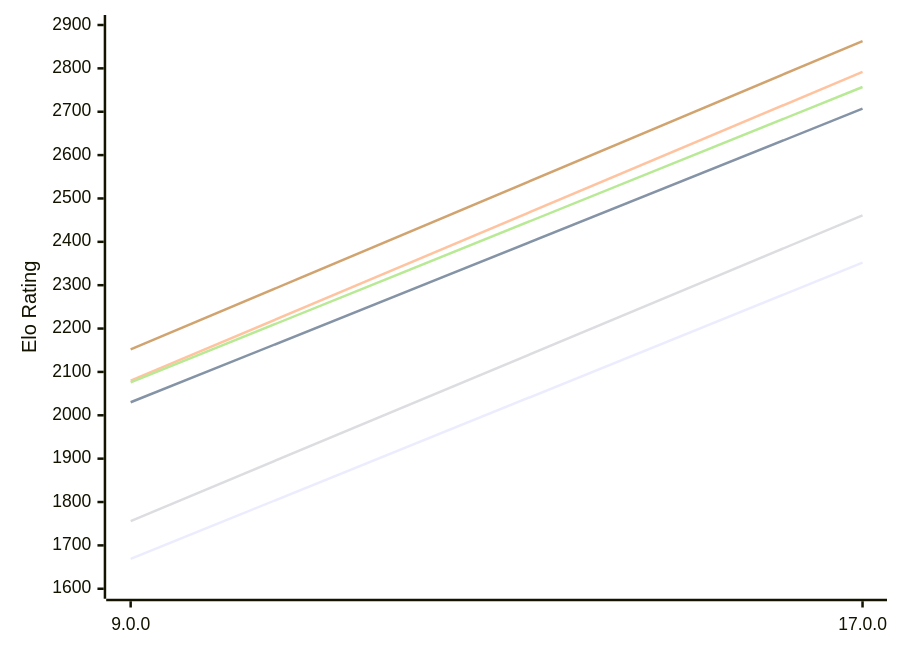
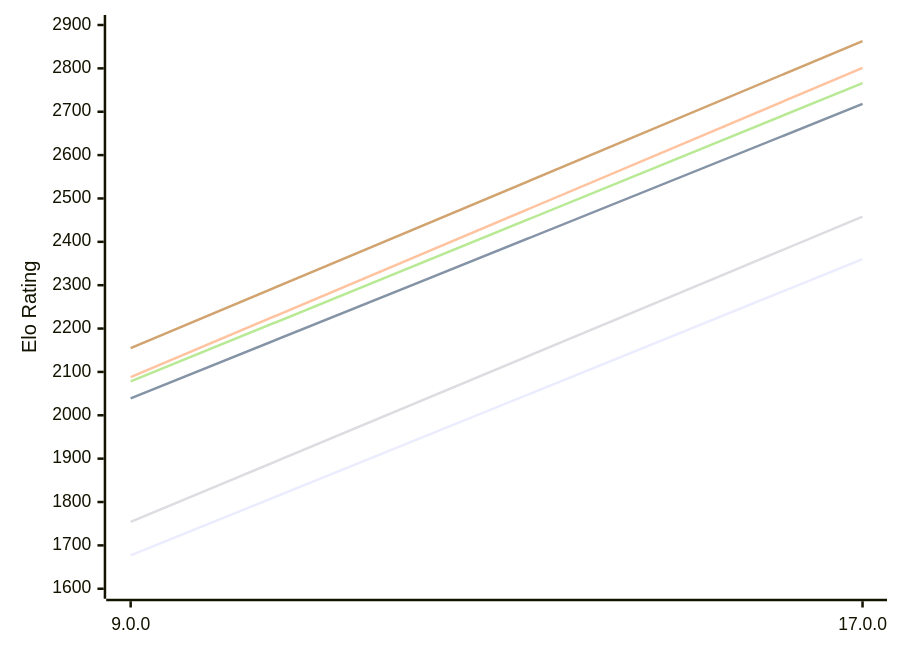
One commit to computer-chess-index/cci changed the first of 2 diagrams in engines/Cepimetheus.md. Above: the diagram before and after it, drawn with Mermaid. The commit also changed other lines of this file, not shown here.

Commit message:
Update CCI Ratings (ELO VLTC) - 2026-11-07

````diff
--- a/engines/Cepimetheus.md
+++ b/engines/Cepimetheus.md
@@ -62,12 +62,12 @@
 ```mermaid
 %%{init: {"theme":"base","themeVariables":{"seriesColors:['#a3a3a3','#222221','#faa371']}}}%%
 xychart-beta
   x-axis ["9.0.0", "17.0.0"]
   y-axis "Elo Rating" 1600 --> 2900
-  line "E1: STC (8.0+0.08s)" [1669, 2352]
-  line "E1: LTC (60.0+0.60s)" [2030, 2707]
-  line "E1: VLTC (2m24s+1.12s)" [2080, 2792]
-  line "P1: STC (8.0+0.08s)" [1756, 2461]
-  line "P1: LTC (60.0+0.60s)" [2076, 2757]
-  line "P1: VLTC (2m24s+1.12s)" [2152, 2863]
+  line "E1: STC (8.0+0.08s)" [1677, 2360]
+  line "E1: LTC (60.0+0.60s)" [2039, 2718]
+  line "E1: VLTC (2m24s+1.12s)" [2088, 2801]
+  line "P1: STC (8.0+0.08s)" [1754, 2458]
+  line "P1: LTC (60.0+0.60s)" [2078, 2766]
+  line "P1: VLTC (2m24s+1.12s)" [2155, 2863]
 ```
````
